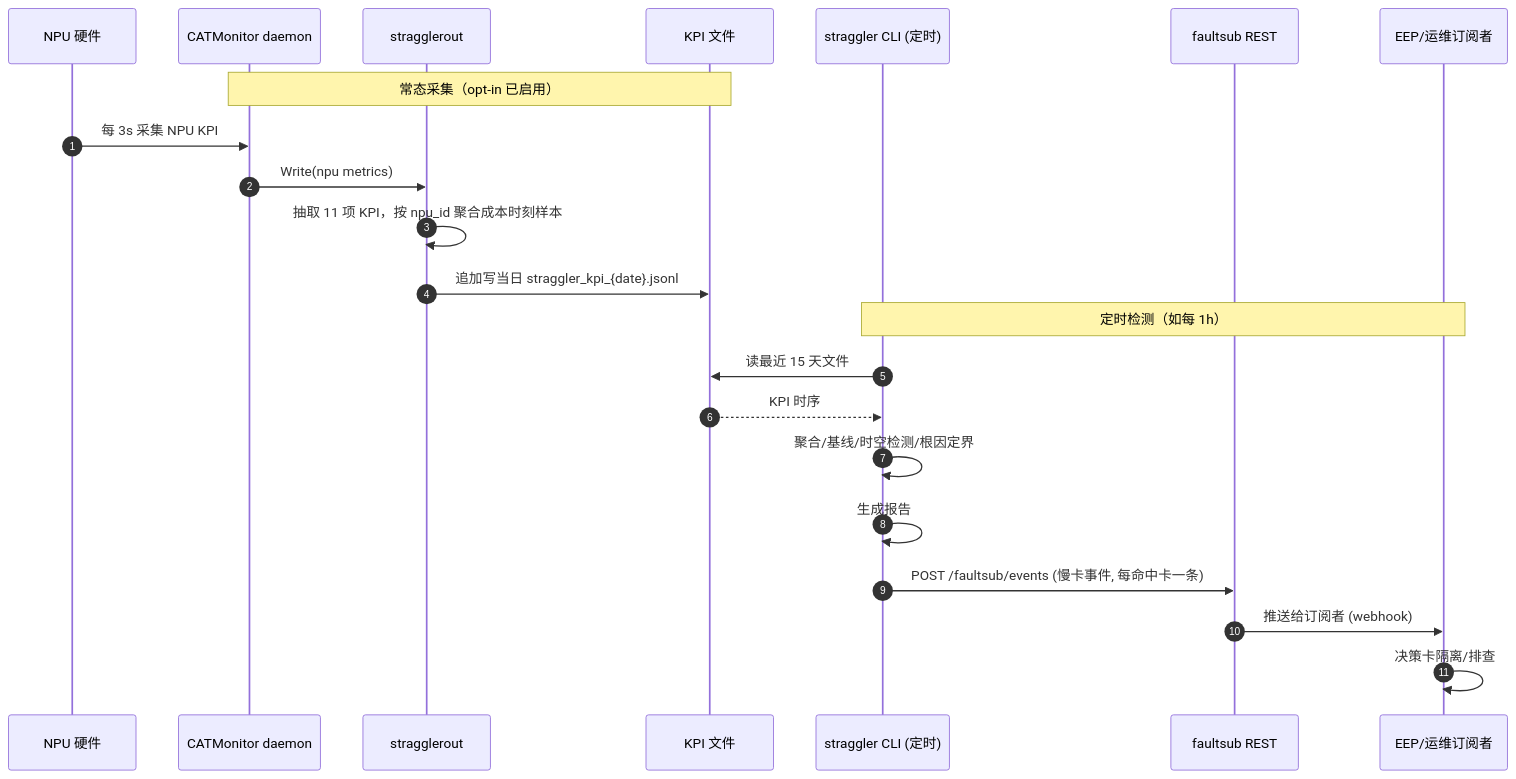
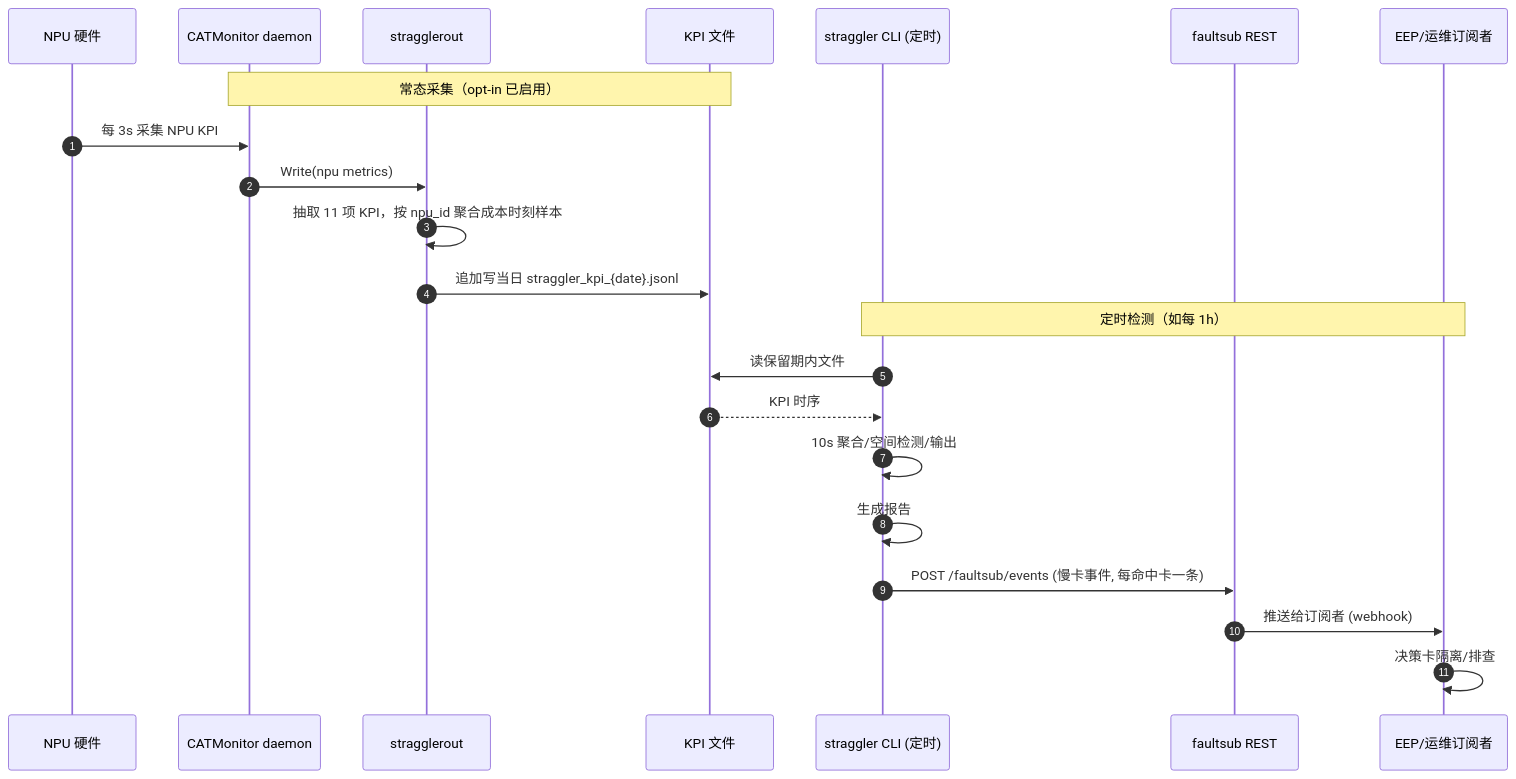
The second of 2 diagrams in feature/straggler/straggler_combination_DESIGN.md (1542305589/CATHelper), drawn with Mermaid before and after one commit. The commit also changed other lines of this file and 4 other files, not shown here.

````diff
--- a/feature/straggler/straggler_combination_DESIGN.md
+++ b/feature/straggler/straggler_combination_DESIGN.md
@@ -153,26 +156,26 @@
 ```mermaid
 sequenceDiagram
     autonumber
     participant NPU as NPU 硬件
     participant CM as CATMonitor daemon
     participant SO as stragglerout
     participant KPI as KPI 文件
     participant ST as straggler CLI (定时)
     participant FS as faultsub REST
     participant EEP as EEP/运维订阅者
 
     Note over CM,KPI: 常态采集（opt-in 已启用）
     NPU->>CM: 每 3s 采集 NPU KPI
     CM->>SO: Write(npu metrics)
     SO->>SO: 抽取 11 项 KPI，按 npu_id 聚合成本时刻样本
     SO->>KPI: 追加写当日 straggler_kpi_{date}.jsonl
 
     Note over ST,EEP: 定时检测（如每 1h）
-    ST->>KPI: 读最近 15 天文件
+    ST->>KPI: 读保留期内文件
     KPI-->>ST: KPI 时序
-    ST->>ST: 聚合/基线/时空检测/根因定界
+    ST->>ST: 10s 聚合/空间检测/输出
     ST->>ST: 生成报告
     ST->>FS: POST /faultsub/events (慢卡事件, 每命中卡一条)
     FS->>EEP: 推送给订阅者 (webhook)
     EEP->>EEP: 决策卡隔离/排查
 ```
````
